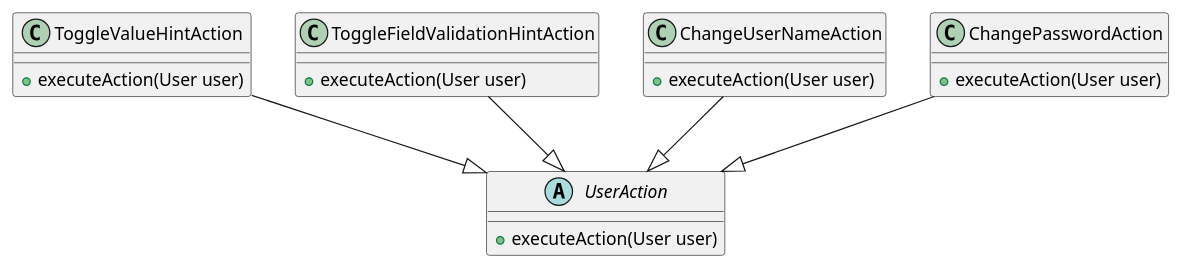
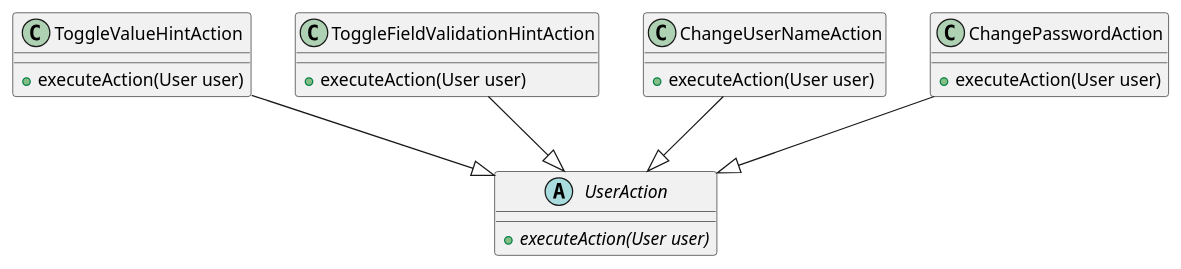
One commit to mohjohfox/cli-sudoku changed the diagram in uml/solid/ocp_3.puml. Above: the diagram before and after it, drawn with PlantUML. The commit also changed 18 other files, not shown here.

```diff
--- a/uml/solid/ocp_3.puml
+++ b/uml/solid/ocp_3.puml
@@ -1,26 +1,26 @@
 @startuml
 abstract class UserAction {
-   + executeAction(User user)
+   + {abstract} executeAction(User user)
 }
 
 class ToggleValueHintAction {
     + executeAction(User user)
 }
 
 class ToggleFieldValidationHintAction {
     + executeAction(User user)
 }
 
 class ChangeUserNameAction {
     + executeAction(User user)
 }
 
 class ChangePasswordAction {
     + executeAction(User user)
 }
 
 ToggleFieldValidationHintAction --|> UserAction
 ToggleValueHintAction --|> UserAction
 ChangePasswordAction --|> UserAction
 ChangeUserNameAction --|> UserAction
 @enduml
```
